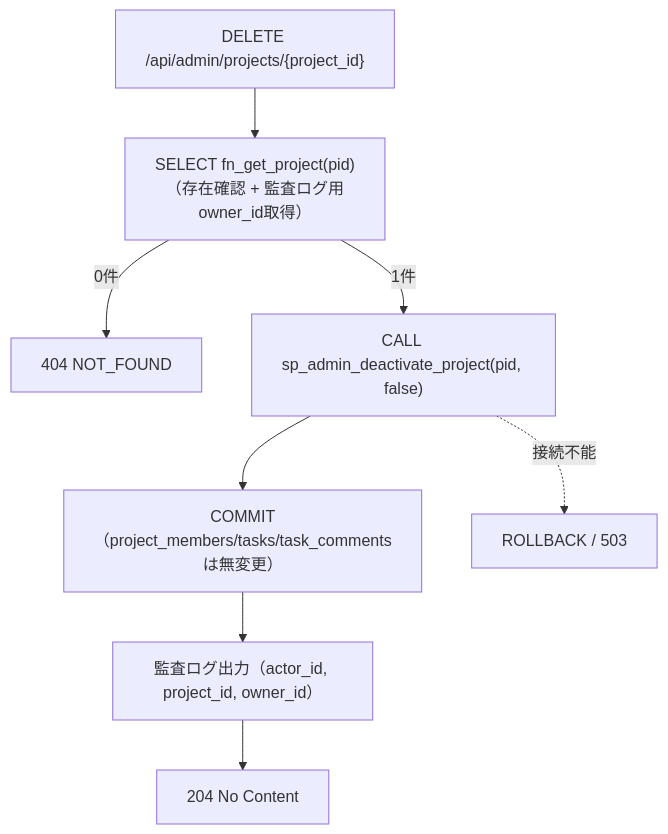
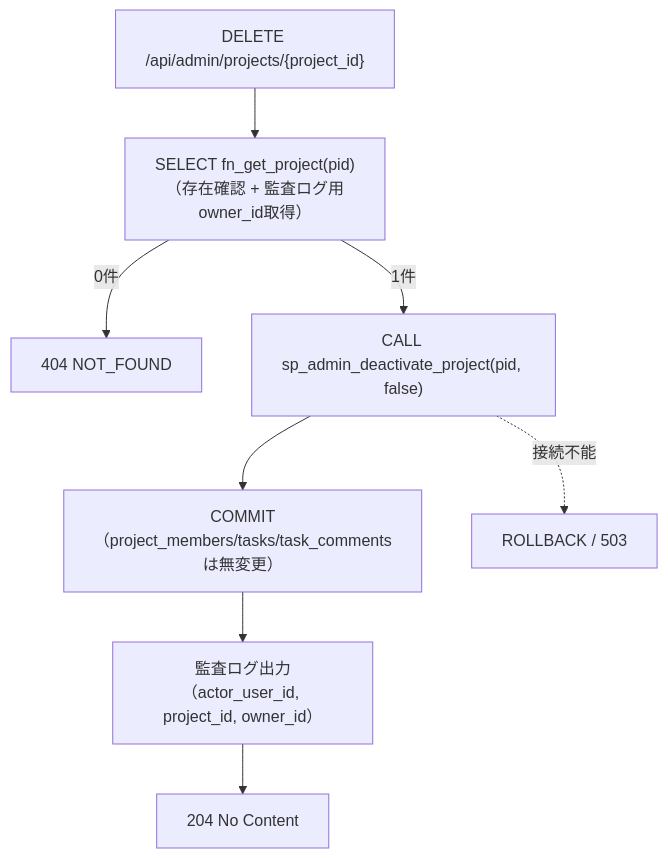
The fourth of 4 diagrams in docs/detailed_design/api/admin/06_delete_admin_project.md (oikawa-d/task_management), drawn with Mermaid before and after one commit. The commit also changed other lines of this file and 12 other files, not shown here.

````diff
--- a/docs/detailed_design/api/admin/06_delete_admin_project.md
+++ b/docs/detailed_design/api/admin/06_delete_admin_project.md
@@ -185,10 +185,10 @@
 ```mermaid
 flowchart TB
     A["DELETE /api/admin/projects/{project_id}"] --> B["SELECT fn_get_project(pid)<br/>（存在確認 + 監査ログ用owner_id取得）"]
     B -->|"0件"| Z["404 NOT_FOUND"]
     B -->|"1件"| C["CALL sp_admin_deactivate_project(pid, false)"]
     C --> G["COMMIT（project_members/tasks/task_commentsは無変更）"]
-    G --> H["監査ログ出力（actor_id, project_id, owner_id）"]
+    G --> H["監査ログ出力（actor_user_id, project_id, owner_id）"]
     H --> I["204 No Content"]
     C -.->|"接続不能"| J["ROLLBACK / 503"]
 ```
````
